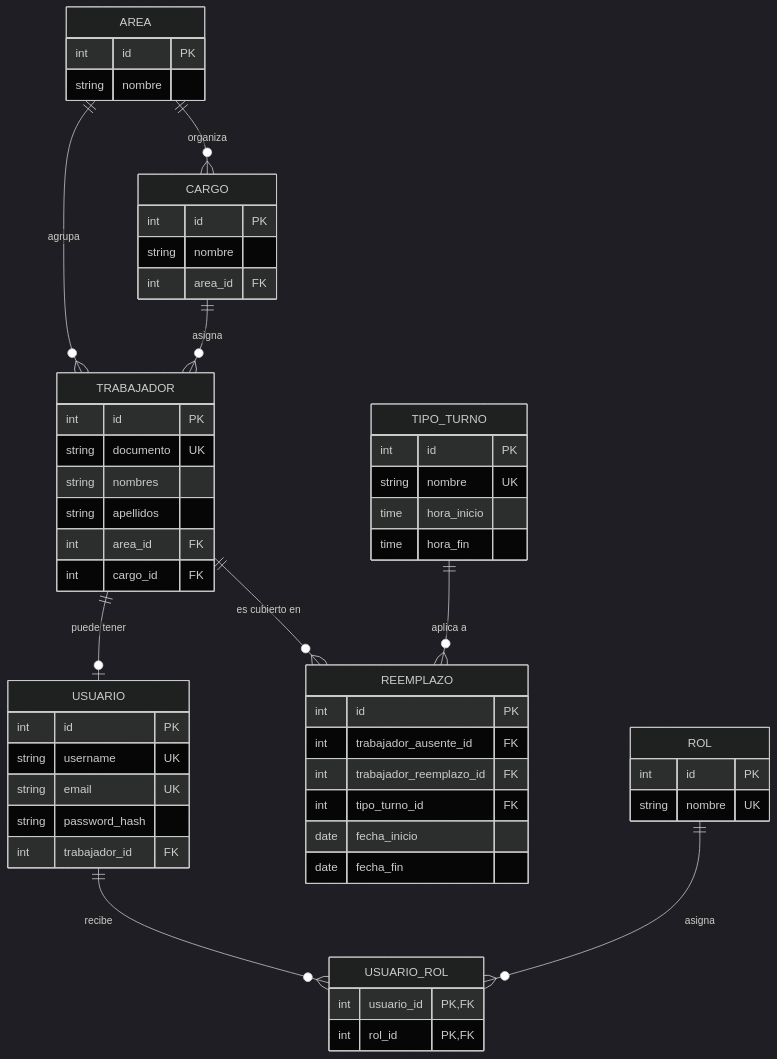
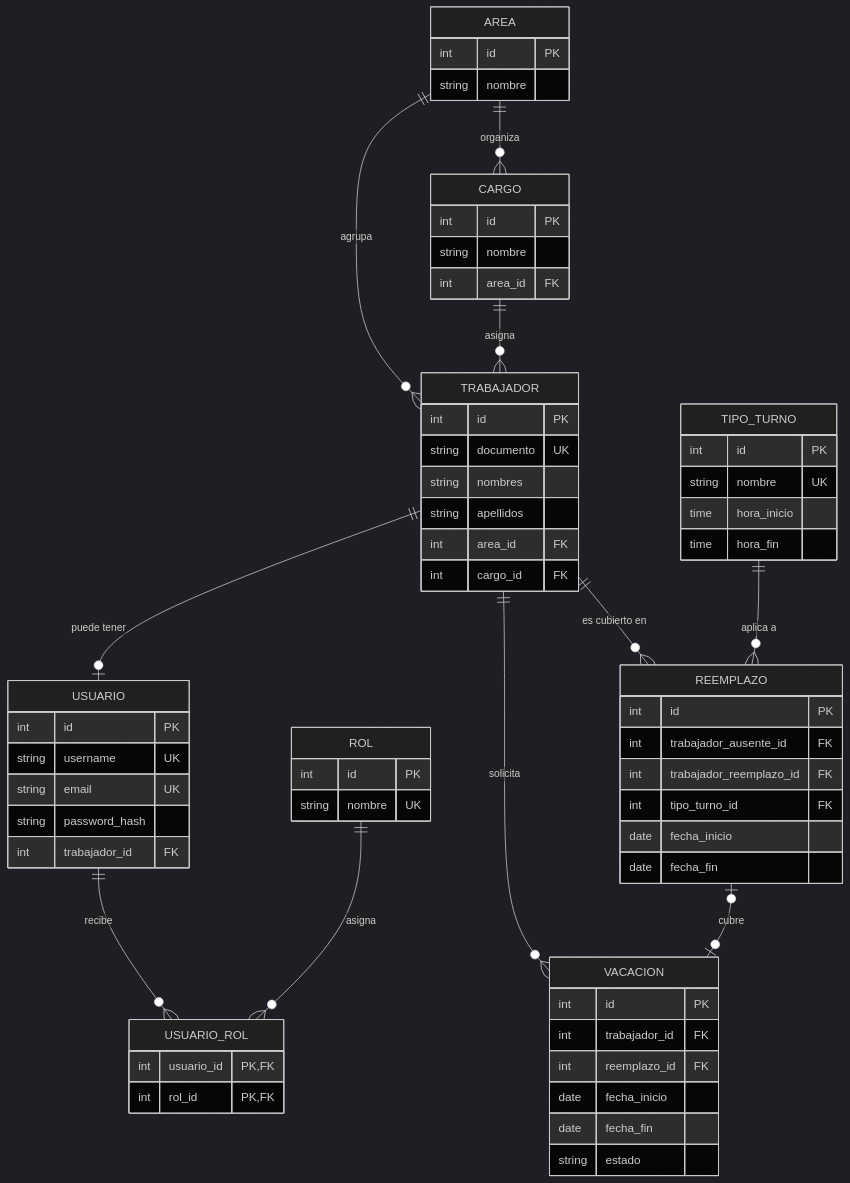
One commit to carlosedu9110/Matriz_turnos changed the diagram in docs/DATABASE.md. Above: the diagram before and after it, drawn with Mermaid (dark theme). The commit also changed other lines of this file and 16 other files, not shown here.

````diff
--- a/docs/DATABASE.md
+++ b/docs/DATABASE.md
@@ -115,58 +131,68 @@
 ```mermaid
 erDiagram
     AREA ||--o{ CARGO : "organiza"
     AREA ||--o{ TRABAJADOR : "agrupa"
     CARGO ||--o{ TRABAJADOR : "asigna"
     TRABAJADOR ||--o| USUARIO : "puede tener"
+    TRABAJADOR ||--o{ VACACION : "solicita"
     TRABAJADOR ||--o{ REEMPLAZO : "es cubierto en"
     TIPO_TURNO ||--o{ REEMPLAZO : "aplica a"
+    REEMPLAZO o|--o| VACACION : "cubre"
     USUARIO ||--o{ USUARIO_ROL : "recibe"
     ROL ||--o{ USUARIO_ROL : "asigna"
 
     AREA {
         int id PK
         string nombre
     }
     CARGO {
         int id PK
         string nombre
         int area_id FK
     }
     TRABAJADOR {
         int id PK
         string documento UK
         string nombres
         string apellidos
         int area_id FK
         int cargo_id FK
     }
     USUARIO {
         int id PK
         string username UK
         string email UK
         string password_hash
         int trabajador_id FK
     }
     ROL {
         int id PK
         string nombre UK
     }
     USUARIO_ROL {
         int usuario_id PK, FK
         int rol_id PK, FK
     }
+    VACACION {
+        int id PK
+        int trabajador_id FK
+        int reemplazo_id FK
+        date fecha_inicio
+        date fecha_fin
+        string estado
+    }
     REEMPLAZO {
         int id PK
         int trabajador_ausente_id FK
         int trabajador_reemplazo_id FK
         int tipo_turno_id FK
         date fecha_inicio
         date fecha_fin
     }
     TIPO_TURNO {
         int id PK
         string nombre UK
         time hora_inicio
         time hora_fin
     }
 ```
````
